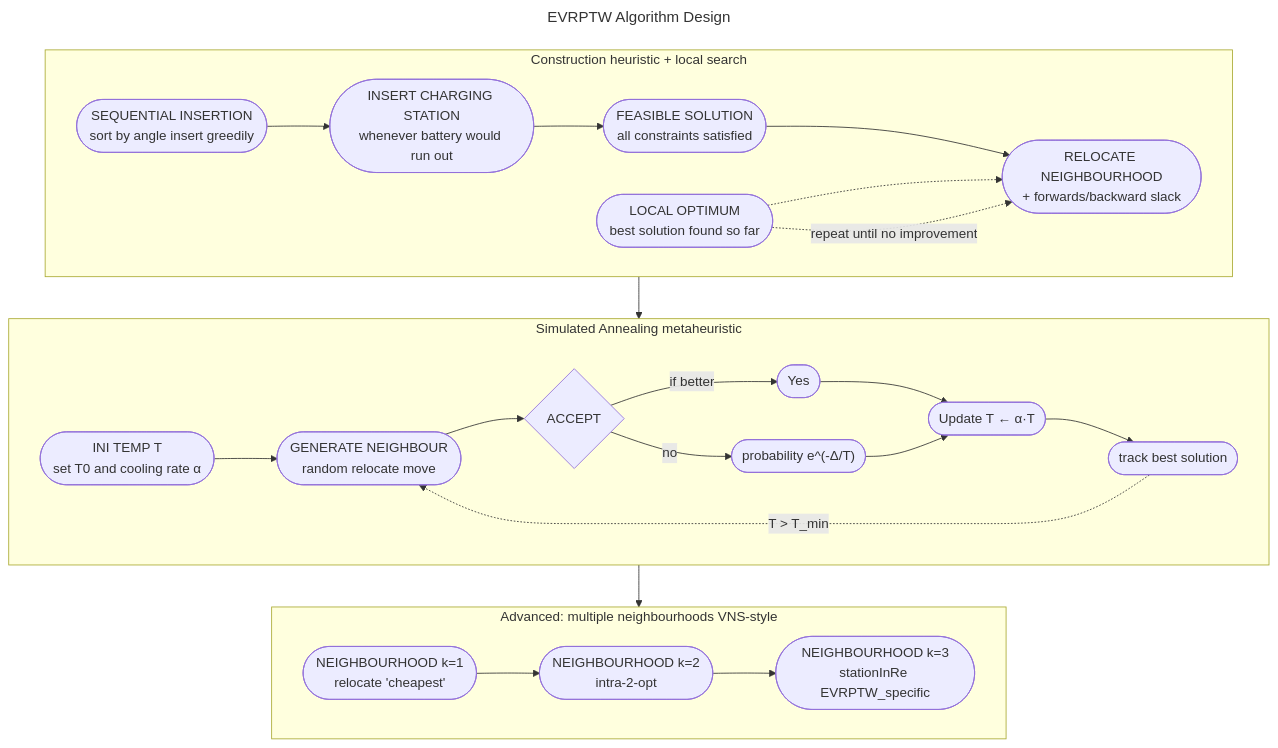
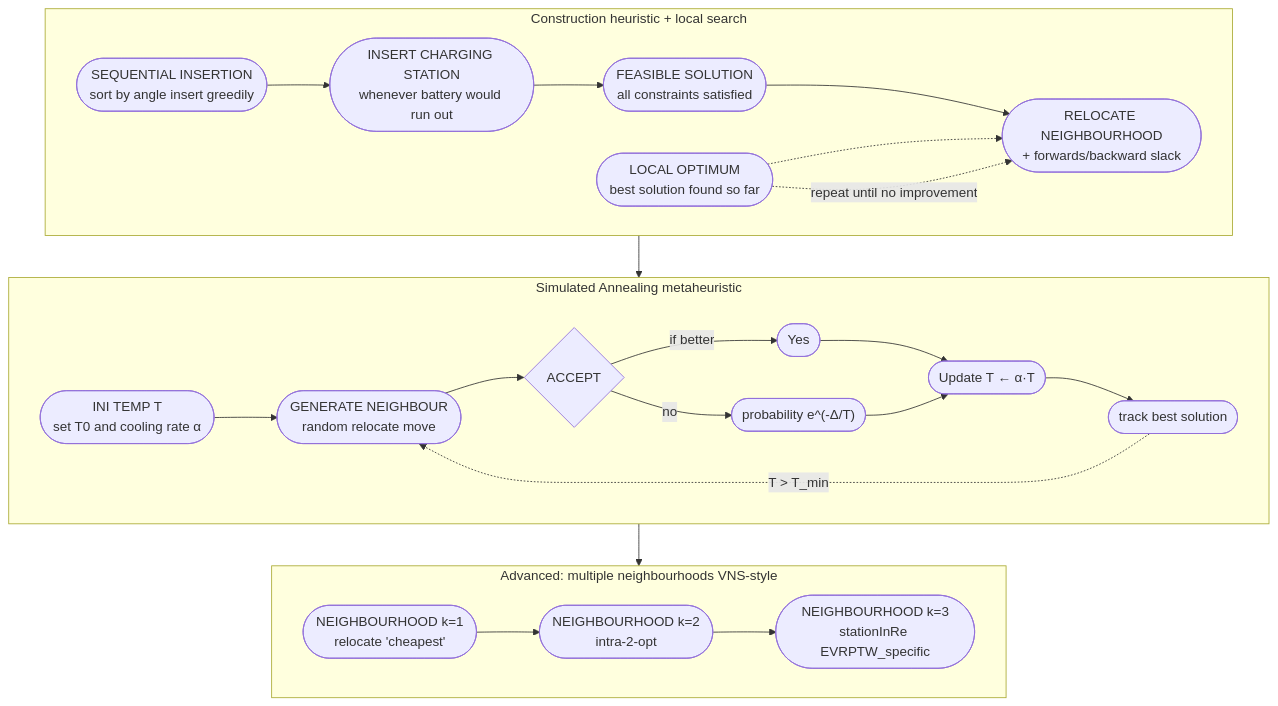
The diagram in README.md (rami-shalhoub/EVRPTW), drawn with Mermaid before and after one commit. The commit also changed other lines of this file, not shown here.

````diff
--- a/README.md
+++ b/README.md
@@ -67,45 +69,42 @@
 ```mermaid
----
-title: EVRPTW Algorithm Design
----
 graph TB
     a1(["SEQUENTIAL INSERTION<br>sort by angle insert greedily"])
     a2(["INSERT CHARGING STATION<br>whenever battery would run out"])
     a3(["FEASIBLE SOLUTION<br>all constraints satisfied"])
     a4(["RELOCATE NEIGHBOURHOOD<br>+ forwards/backward slack"])
     a5(["LOCAL OPTIMUM<br>best solution found so far"])
 
     b1(["INI TEMP T<br>set T0 and cooling rate α"])
     b2(["GENERATE NEIGHBOUR<br>random relocate move"])
     b3{"ACCEPT"}
     b3_1(["Yes"])
     b3_2(["probability e^(-Δ/T)"])
     b4(["Update T ← α·T"])
     b5(["track best solution"])
 
     c1(["NEIGHBOURHOOD k=1<br>relocate 'cheapest'"])
     c2(["NEIGHBOURHOOD k=2<br>intra-2-opt"])
     c3(["NEIGHBOURHOOD k=3<br>stationInRe EVRPTW_specific"])
 
     subgraph Task1 [Construction heuristic + local search]
         direction LR
         a1 --> a2 --> a3 --> a4
         a5 -.-> a4 
         a5 -.->|repeat until no improvement| a4
     end
 
     subgraph Task2 [Simulated Annealing metaheuristic]
         direction LR
         b1 --> b2 --> b3
         b3 -->|if better| b3_1
         b3 -->|no| b3_2
         b3_1 & b3_2 --> b4 --> b5
         b5 -.->|T > T_min| b2
     end
 
     subgraph Task3 [Advanced: multiple neighbourhoods VNS-style]
         c1 --> c2 --> c3
     end
 
     Task1 --> Task2 --> Task3
 ```
````
